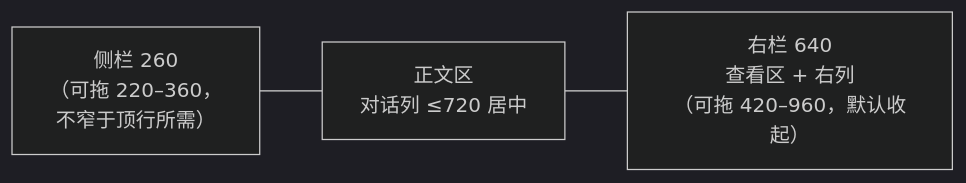
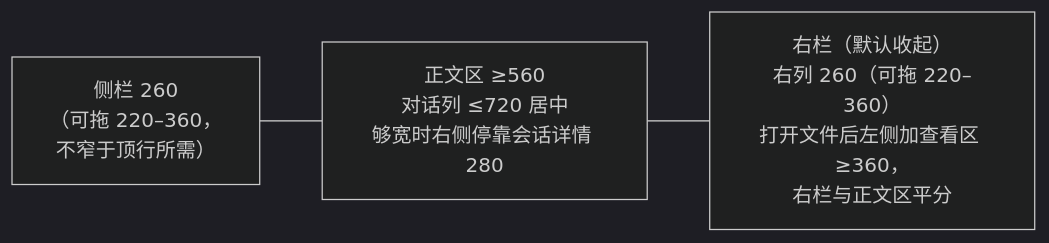
The first of 2 diagrams in docs/design/0024-desktop-layout.md (yangflow/hoplet), drawn with Mermaid (dark theme) before and after one commit. The commit also changed other lines of this file and 125 other files, not shown here.

````diff
--- a/docs/design/0024-desktop-layout.md
+++ b/docs/design/0024-desktop-layout.md
@@ -16,4 +16,4 @@
 ```mermaid
 flowchart LR
-    S["侧栏 260<br/>（可拖 220–360，<br/>不窄于顶行所需）"] --- C["正文区<br/>对话列 ≤720 居中"] --- P["右栏 640<br/>查看区 + 右列<br/>（可拖 420–960，默认收起）"]
+    S["侧栏 260<br/>（可拖 220–360，<br/>不窄于顶行所需）"] --- C["正文区 ≥560<br/>对话列 ≤720 居中<br/>够宽时右侧停靠会话详情 280"] --- P["右栏（默认收起）<br/>右列 260（可拖 220–360）<br/>打开文件后左侧加查看区 ≥360，<br/>右栏与正文区平分"]
 ```
````
